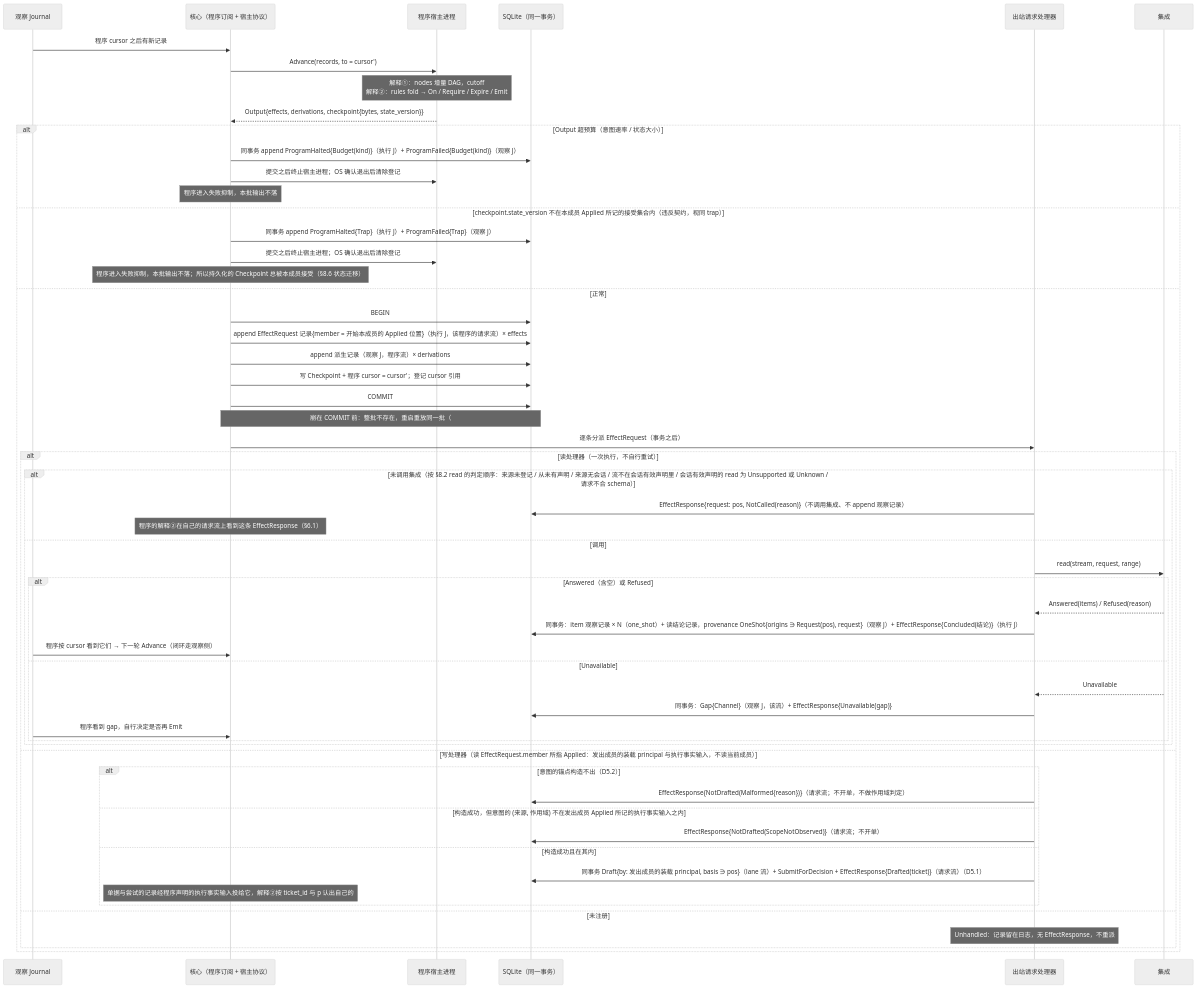
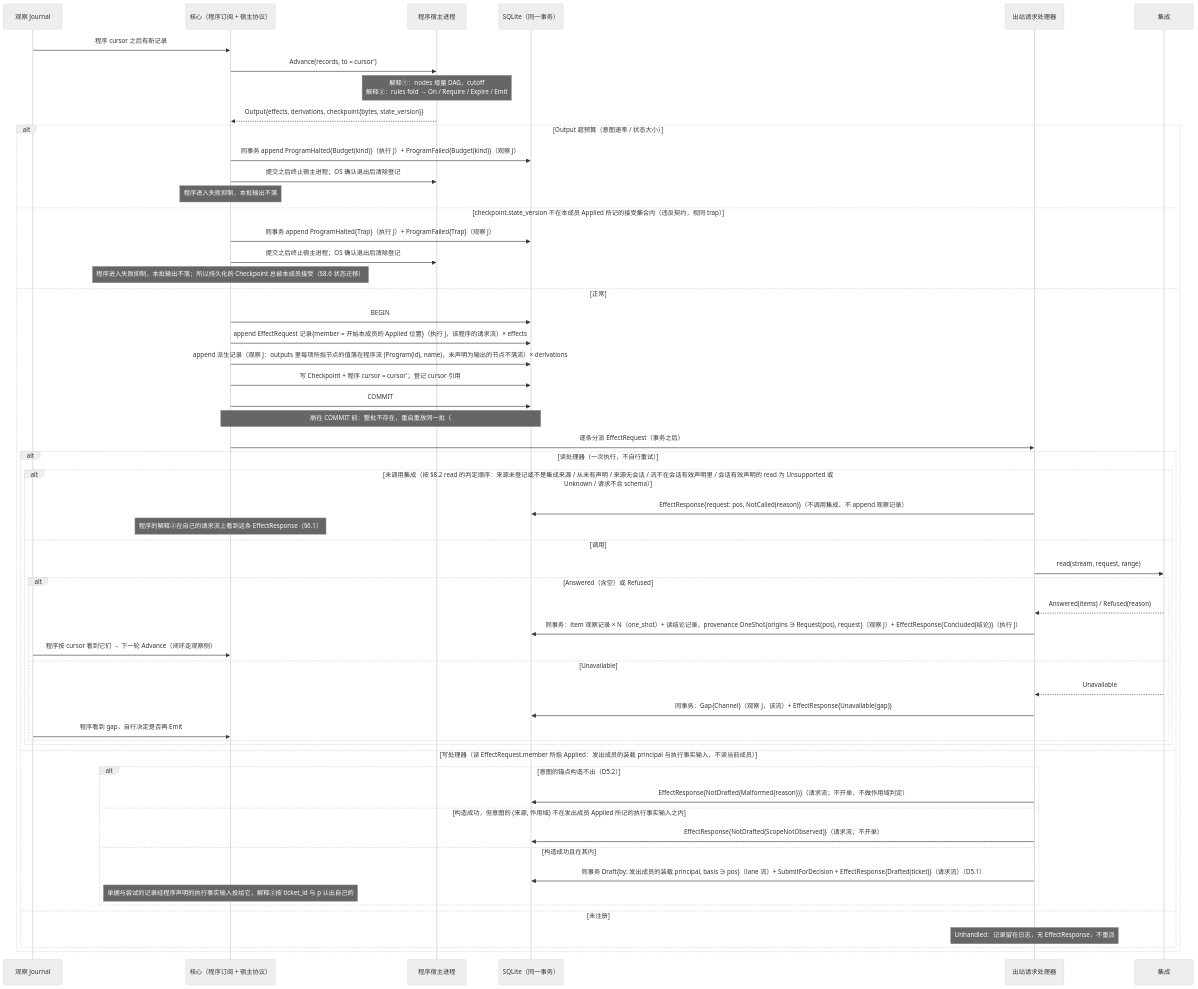
The first of 3 diagrams in design/diagrams/04-program-host.md (mouriya-s-lab/uta), drawn with Mermaid (neutral theme) before and after one commit. The commit also changed other lines of this file and 13 other files, not shown here.

````diff
--- a/design/diagrams/04-program-host.md
+++ b/design/diagrams/04-program-host.md
@@ -9,58 +9,58 @@
 ```mermaid
 sequenceDiagram
   participant J as 观察 Journal
   participant C as 核心（程序订阅 + 宿主协议）
   participant H as 程序宿主进程
   participant DB as SQLite（同一事务）
   participant O as 出站请求处理器
   participant I as 集成
   J->>C: 程序 cursor 之后有新记录
   C->>H: Advance(records, to = cursor')
   Note over H: 解释①：nodes 增量 DAG，cutoff<br/>解释②：rules fold → On / Require / Expire / Emit
   H-->>C: Output{effects, derivations, checkpoint{bytes, state_version}}
   alt Output 超预算（意图速率 / 状态大小）
     C->>DB: 同事务 append ProgramHalted{Budget(kind)}（执行 J）+ ProgramFailed{Budget(kind)}（观察 J）
     C->>H: 提交之后终止宿主进程；OS 确认退出后清除登记
     Note over C: 程序进入失败抑制，本批输出不落
   else checkpoint.state_version 不在本成员 Applied 所记的接受集合内（违反契约，视同 trap）
     C->>DB: 同事务 append ProgramHalted{Trap}（执行 J）+ ProgramFailed{Trap}（观察 J）
     C->>H: 提交之后终止宿主进程；OS 确认退出后清除登记
     Note over C: 程序进入失败抑制，本批输出不落；所以持久化的 Checkpoint 总被本成员接受（§8.6 状态迁移）
   else 正常
     C->>DB: BEGIN
     C->>DB: append EffectRequest 记录{member = 开始本成员的 Applied 位置}（执行 J，该程序的请求流）× effects
-    C->>DB: append 派生记录（观察 J，程序流）× derivations
+    C->>DB: append 派生记录（观察 J：outputs 里每项所指节点的值落在程序流 (Program(id), name)，未声明为输出的节点不落流）× derivations
     C->>DB: 写 Checkpoint + 程序 cursor = cursor'；登记 cursor 引用
     C->>DB: COMMIT
     Note over C,DB: 崩在 COMMIT 前：整批不存在，重启重放同一批（#16）
     C->>O: 逐条分派 EffectRequest（事务之后）
     alt 读处理器（一次执行，不自行重试）
-      alt 未调用集成（按 §8.2 read 的判定顺序：来源未登记 / 从未有声明 / 来源无会话 / 流不在会话有效声明里 / 会话有效声明的 read 为 Unsupported 或 Unknown / 请求不合 schema）
+      alt 未调用集成（按 §8.2 read 的判定顺序：来源未登记或不是集成来源 / 从未有声明 / 来源无会话 / 流不在会话有效声明里 / 会话有效声明的 read 为 Unsupported 或 Unknown / 请求不合 schema）
         O->>DB: EffectResponse{request: pos, NotCalled(reason)}（不调用集成、不 append 观察记录）
         Note over C: 程序的解释②在自己的请求流上看到这条 EffectResponse（§6.1）
       else 调用
         O->>I: read(stream, request, range)
         alt Answered（含空）或 Refused
           I-->>O: Answered(items) / Refused(reason)
           O->>DB: 同事务：item 观察记录 × N（one_shot）+ 读结论记录，provenance OneShot{origins ∋ Request(pos), request}（观察 J）+ EffectResponse{Concluded(结论)}（执行 J）
           J->>C: 程序按 cursor 看到它们 → 下一轮 Advance（闭环走观察侧）
         else Unavailable
           I-->>O: Unavailable
           O->>DB: 同事务：Gap{Channel}（观察 J，该流）+ EffectResponse{Unavailable(gap)}
           J->>C: 程序看到 gap，自行决定是否再 Emit
         end
       end
     else 写处理器（读 EffectRequest.member 所指 Applied：发出成员的装载 principal 与执行事实输入，不读当前成员）
       alt 意图的锚点构造不出（D5.2）
         O->>DB: EffectResponse{NotDrafted(Malformed{reason})}（请求流；不开单，不做作用域判定）
       else 构造成功，但意图的 (来源, 作用域) 不在发出成员 Applied 所记的执行事实输入之内
         O->>DB: EffectResponse{NotDrafted(ScopeNotObserved)}（请求流；不开单）
       else 构造成功且在其内
         O->>DB: 同事务 Draft{by: 发出成员的装载 principal, basis ∋ pos}（lane 流）+ SubmitForDecision + EffectResponse{Drafted(ticket)}（请求流）（D5.1）
         Note over C: 单据与尝试的记录经程序声明的执行事实输入投给它，解释②按 ticket_id 与 p 认出自己的
       end
     else 未注册
       Note over O: Unhandled：记录留在日志，无 EffectResponse，不重派
     end
   end
 ```
````
